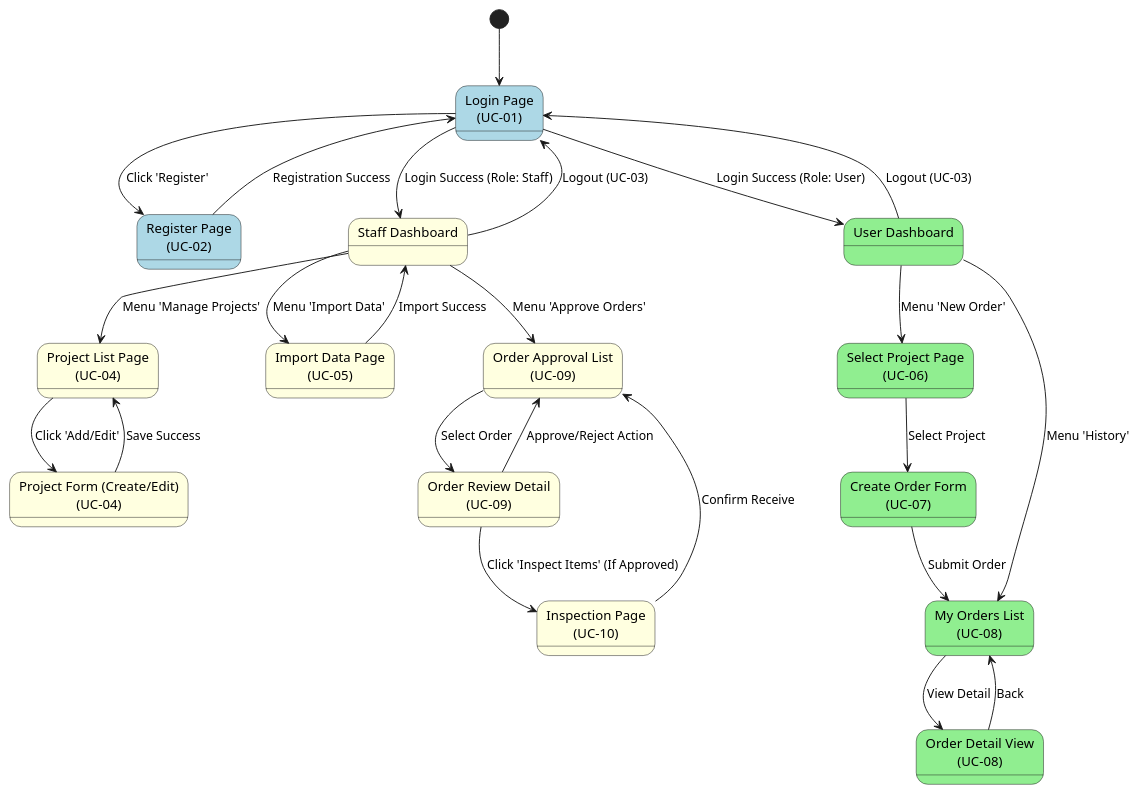
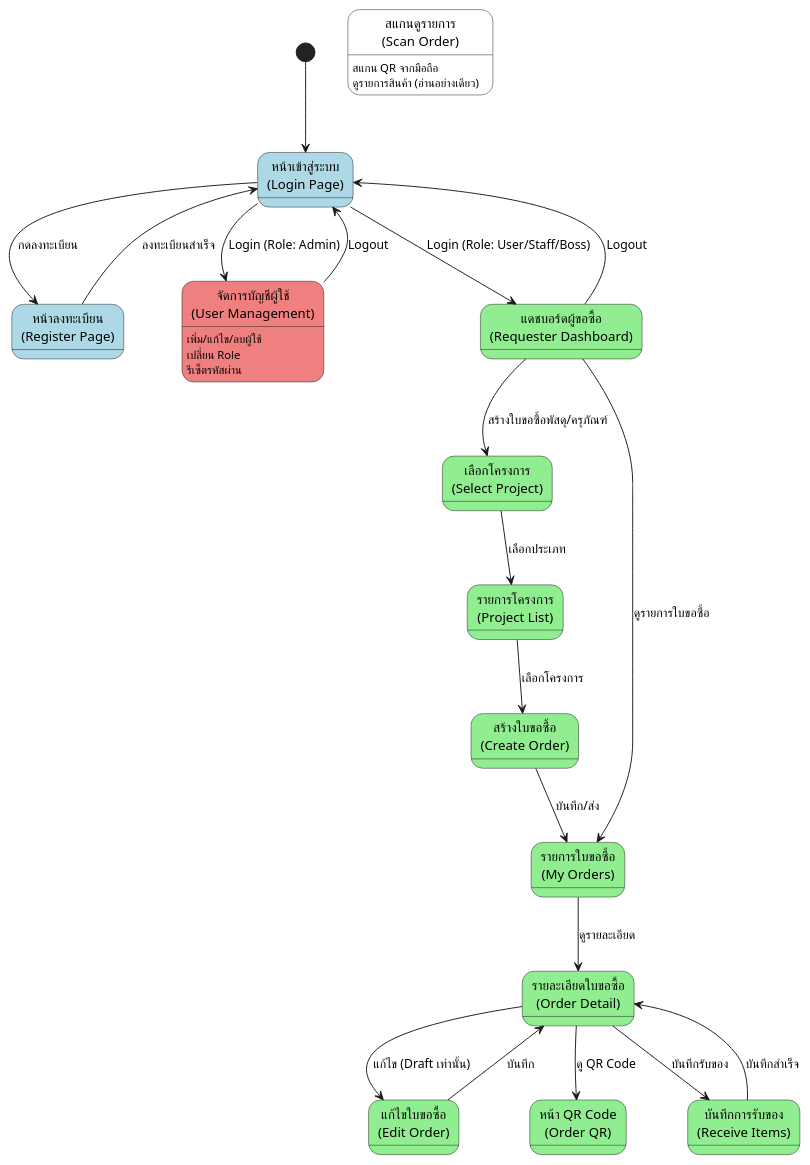
Before and after one commit to Thavizup-Deesan/DSSI-PROJECT-2568: the diagram in Diagram/Ui state trainsition diagram.puml, drawn with PlantUML. The commit also changed other lines of this file and 5 other files, not shown here.

```diff
--- a/Diagram/Ui state trainsition diagram.puml
+++ b/Diagram/Ui state trainsition diagram.puml
@@ -1,63 +1,68 @@
 @startuml
 skinparam state {
   BackgroundColor<<Auth>> LightBlue
-  BackgroundColor<<Staff>> LightYellow
+  BackgroundColor<<Admin>> LightCoral
   BackgroundColor<<User>> LightGreen
+  BackgroundColor<<Committee>> LightPurple
 }
 
 [*] --> LoginPage
 
-' --- Authentication Group ---
-state "Login Page\n(UC-01)" as LoginPage <<Auth>>
-state "Register Page\n(UC-02)" as RegisterPage <<Auth>>
+' === Authentication ===
+state "หน้าเข้าสู่ระบบ\n(Login Page)" as LoginPage <<Auth>>
+state "หน้าลงทะเบียน\n(Register Page)" as RegisterPage <<Auth>>
 
-' --- Staff Section ---
-state "Staff Dashboard" as StaffDash <<Staff>>
-state "Project List Page\n(UC-04)" as ProjectList <<Staff>>
-state "Project Form (Create/Edit)\n(UC-04)" as ProjectForm <<Staff>>
-state "Import Data Page\n(UC-05)" as ImportPage <<Staff>>
-state "Order Approval List\n(UC-09)" as ApproveList <<Staff>>
-state "Order Review Detail\n(UC-09)" as OrderReview <<Staff>>
-state "Inspection Page\n(UC-10)" as InspectPage <<Staff>>
+' === Admin Section ===
+state "จัดการบัญชีผู้ใช้\n(User Management)" as AdminUsers <<Admin>>
 
-' --- User Section ---
-state "User Dashboard" as UserDash <<User>>
-state "Select Project Page\n(UC-06)" as SelectProject <<User>>
-state "Create Order Form\n(UC-07)" as CreateOrder <<User>>
-state "My Orders List\n(UC-08)" as MyOrders <<User>>
-state "Order Detail View\n(UC-08)" as OrderDetail <<User>>
+' === User/Staff Section (ใช้หน้าเดียวกัน) ===
+state "แดชบอร์ดผู้ขอซื้อ\n(Requester Dashboard)" as UserDash <<User>>
+state "เลือกโครงการ\n(Select Project)" as SelectProject <<User>>
+state "รายการโครงการ\n(Project List)" as ProjectList <<User>>
+state "สร้างใบขอซื้อ\n(Create Order)" as CreateOrder <<User>>
+state "รายการใบขอซื้อ\n(My Orders)" as MyOrders <<User>>
+state "รายละเอียดใบขอซื้อ\n(Order Detail)" as OrderDetail <<User>>
+state "แก้ไขใบขอซื้อ\n(Edit Order)" as EditOrder <<User>>
+state "หน้า QR Code\n(Order QR)" as OrderQR <<User>>
+state "บันทึกการรับของ\n(Receive Items)" as ReceiveItems <<User>>
+
+' === Committee Section ===
+state "สแกนดูรายการ\n(Scan Order)" as ScanOrder <<Committee>>
 
 ' === Transitions ===
 
 ' Auth Flow
-LoginPage --> RegisterPage : Click 'Register'
-RegisterPage --> LoginPage : Registration Success
-LoginPage --> StaffDash : Login Success (Role: Staff)
-LoginPage --> UserDash : Login Success (Role: User)
+LoginPage --> RegisterPage : กดลงทะเบียน
+RegisterPage --> LoginPage : ลงทะเบียนสำเร็จ
 
-' Logout (UC-03)
-StaffDash --> LoginPage : Logout (UC-03)
-UserDash --> LoginPage : Logout (UC-03)
+LoginPage --> AdminUsers : Login (Role: Admin)
+LoginPage --> UserDash : Login (Role: User/Staff/Boss)
 
-' Staff Flow
-StaffDash --> ProjectList : Menu 'Manage Projects'
-ProjectList --> ProjectForm : Click 'Add/Edit'
-ProjectForm --> ProjectList : Save Success
-StaffDash --> ImportPage : Menu 'Import Data'
-ImportPage --> StaffDash : Import Success
+' Logout
+AdminUsers --> LoginPage : Logout
+UserDash --> LoginPage : Logout
 
-StaffDash --> ApproveList : Menu 'Approve Orders'
-ApproveList --> OrderReview : Select Order
-OrderReview --> ApproveList : Approve/Reject Action
-OrderReview --> InspectPage : Click 'Inspect Items' (If Approved)
-InspectPage --> ApproveList : Confirm Receive
+' Admin Flow
+AdminUsers : เพิ่ม/แก้ไข/ลบผู้ใช้
+AdminUsers : เปลี่ยน Role
+AdminUsers : รีเซ็ตรหัสผ่าน
 
-' User Flow
-UserDash --> SelectProject : Menu 'New Order'
-SelectProject --> CreateOrder : Select Project
-CreateOrder --> MyOrders : Submit Order
-UserDash --> MyOrders : Menu 'History'
-MyOrders --> OrderDetail : View Detail
-OrderDetail --> MyOrders : Back
+' User/Staff Flow - พัสดุ
+UserDash --> SelectProject : สร้างใบขอซื้อพัสดุ/ครุภัณฑ์
+SelectProject --> ProjectList : เลือกประเภท
+ProjectList --> CreateOrder : เลือกโครงการ
+CreateOrder --> MyOrders : บันทึก/ส่ง
+
+UserDash --> MyOrders : ดูรายการใบขอซื้อ
+MyOrders --> OrderDetail : ดูรายละเอียด
+OrderDetail --> EditOrder : แก้ไข (Draft เท่านั้น)
+EditOrder --> OrderDetail : บันทึก
+OrderDetail --> OrderQR : ดู QR Code
+OrderDetail --> ReceiveItems : บันทึกรับของ
+ReceiveItems --> OrderDetail : บันทึกสำเร็จ
+
+' Committee Flow (Mobile)
+ScanOrder : สแกน QR จากมือถือ
+ScanOrder : ดูรายการสินค้า (อ่านอย่างเดียว)
 
 @enduml
```
